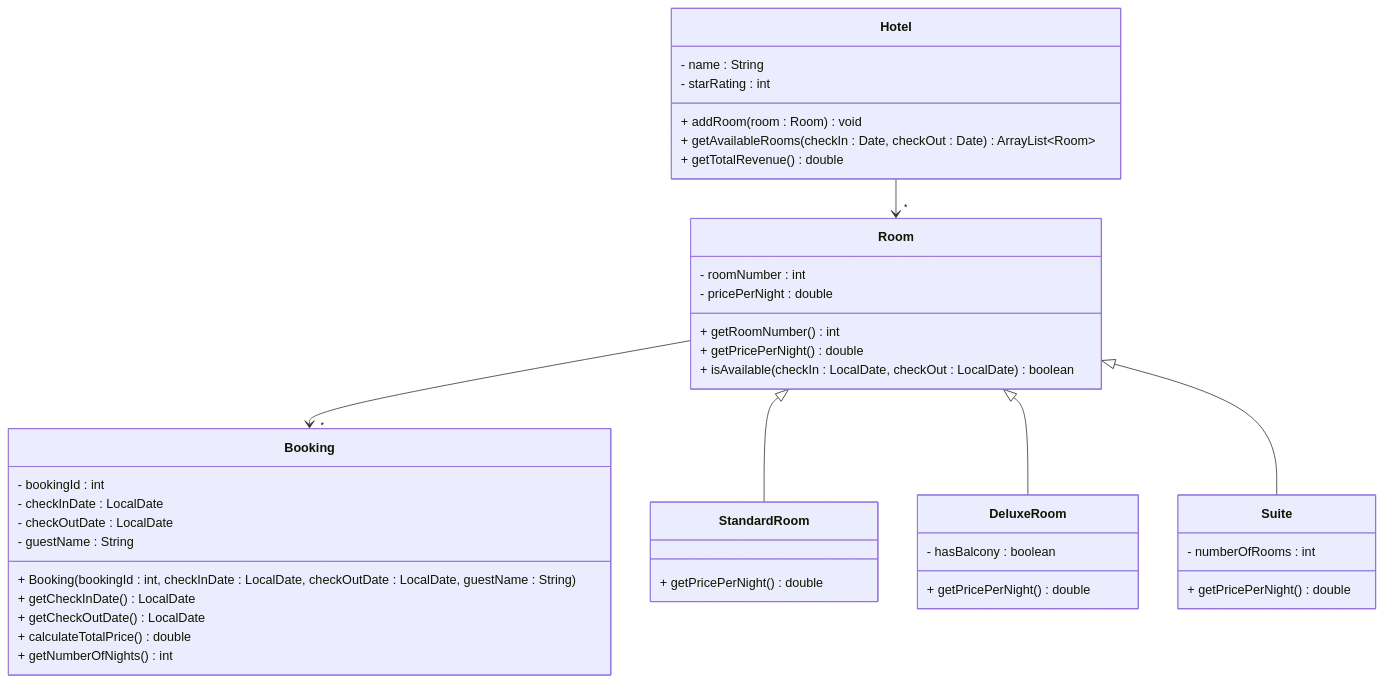
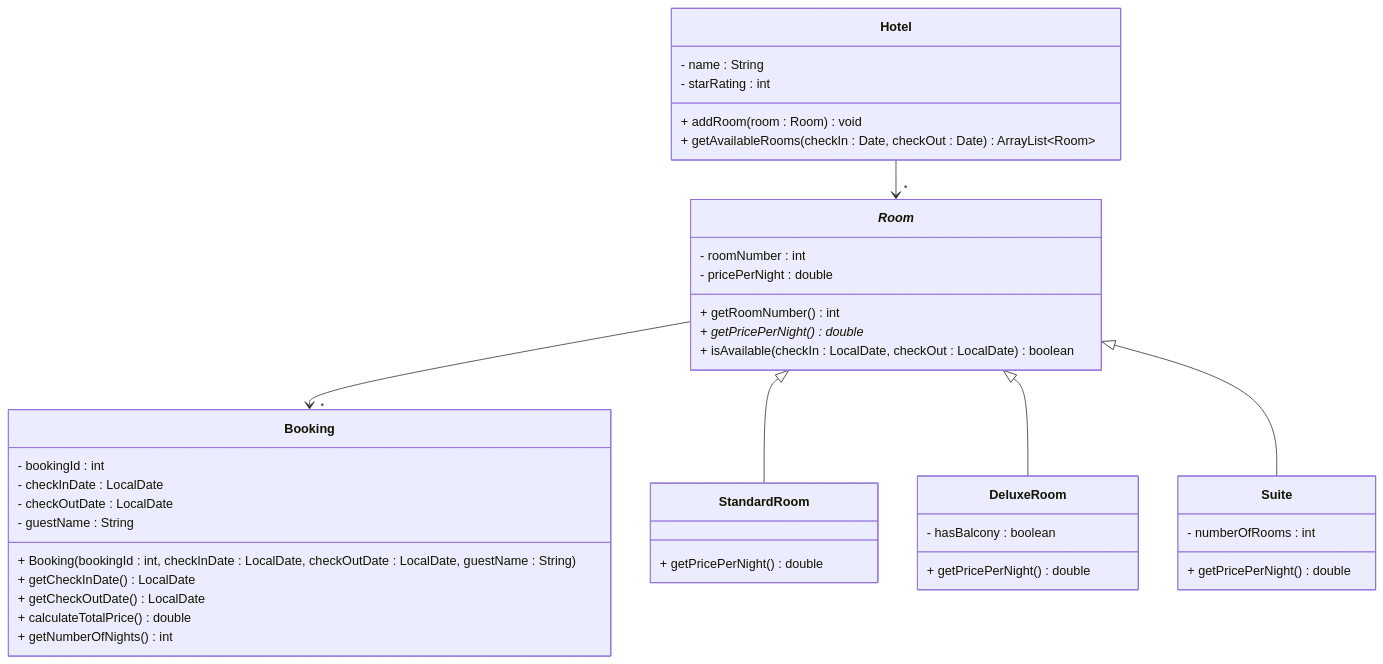
One commit to TroelsMortensen/Codelabs2 changed the diagram in Articles/Session 24 - Exam/009 Exercise 8 - Hotel Booking.md. Above: the diagram before and after it, drawn with Mermaid. The commit also changed 8 other files, not shown here.

````diff
--- a/Articles/Session 24 - Exam/009 Exercise 8 - Hotel Booking.md
+++ b/Articles/Session 24 - Exam/009 Exercise 8 - Hotel Booking.md
@@ -5,50 +5,49 @@
 ```mermaid
 classDiagram
     class Hotel {
         - name : String
         - starRating : int
         + addRoom(room : Room) void
         + getAvailableRooms(checkIn : Date, checkOut : Date) ArrayList~Room~
-        + getTotalRevenue() double
     }
     
-    class Room {
+    class _Room_ {
         - roomNumber : int
         - pricePerNight : double
         + getRoomNumber() int
-        + getPricePerNight() double
+        + getPricePerNight()* double
         + isAvailable(checkIn : LocalDate, checkOut : LocalDate) boolean
     }
     
     class Booking {
         - bookingId : int
         - checkInDate : LocalDate
         - checkOutDate : LocalDate
         - guestName : String
         + Booking(bookingId : int, checkInDate : LocalDate, checkOutDate : LocalDate, guestName : String)
         + getCheckInDate() LocalDate
         + getCheckOutDate() LocalDate
         + calculateTotalPrice() double
         + getNumberOfNights() int
     }
     
     class StandardRoom {
         + getPricePerNight() double
     }
     
     class DeluxeRoom {
         - hasBalcony : boolean
         + getPricePerNight() double
     }
     
     class Suite {
         - numberOfRooms : int
         + getPricePerNight() double
     }
     
-    Hotel --> "*" Room 
-    Room --> "*" Booking
-    Room <|-- StandardRoom
-    Room <|-- DeluxeRoom
-    Room <|-- Suite
+    Hotel --> "*" _Room_ 
+    _Room_ --> "*" Booking
+    _Room_ <|-- StandardRoom
+    _Room_ <|-- DeluxeRoom
+    _Room_ <|-- Suite
 ```
````
